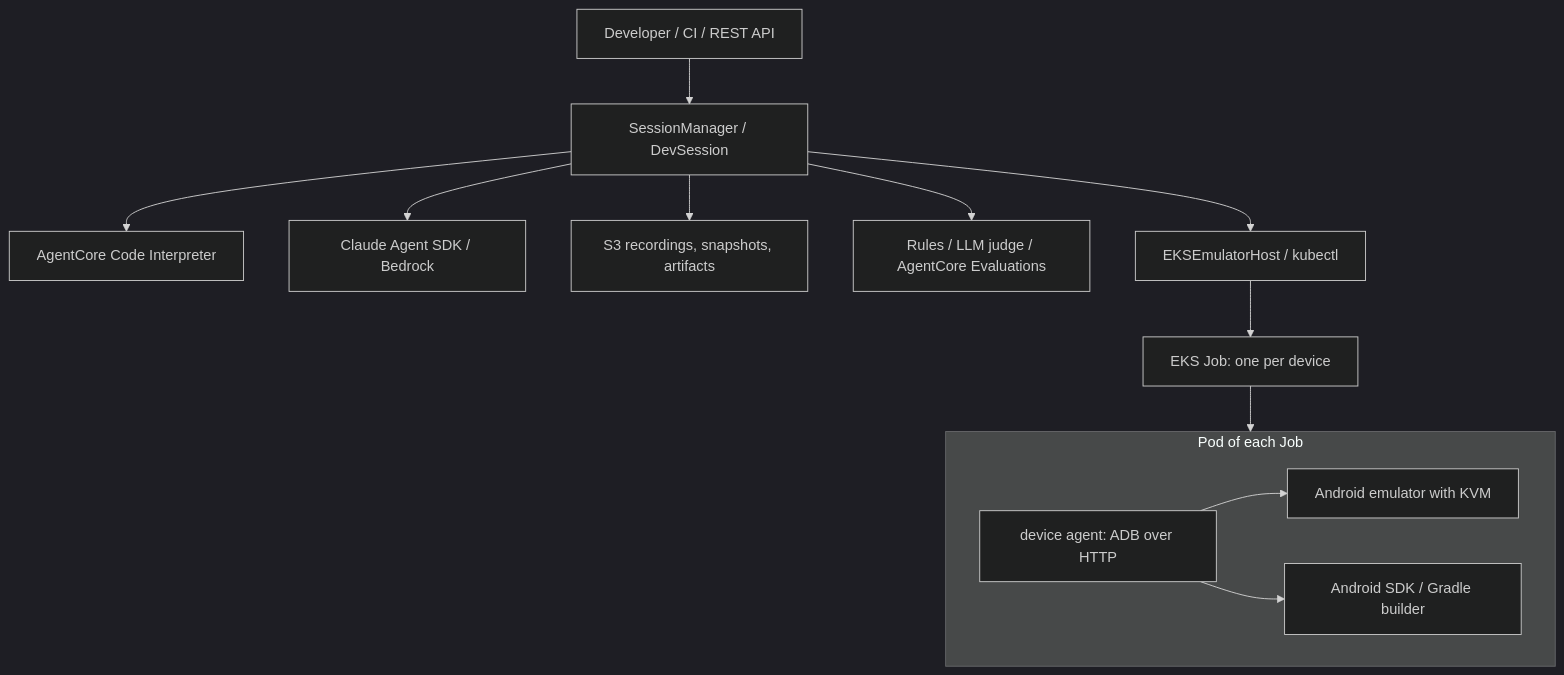
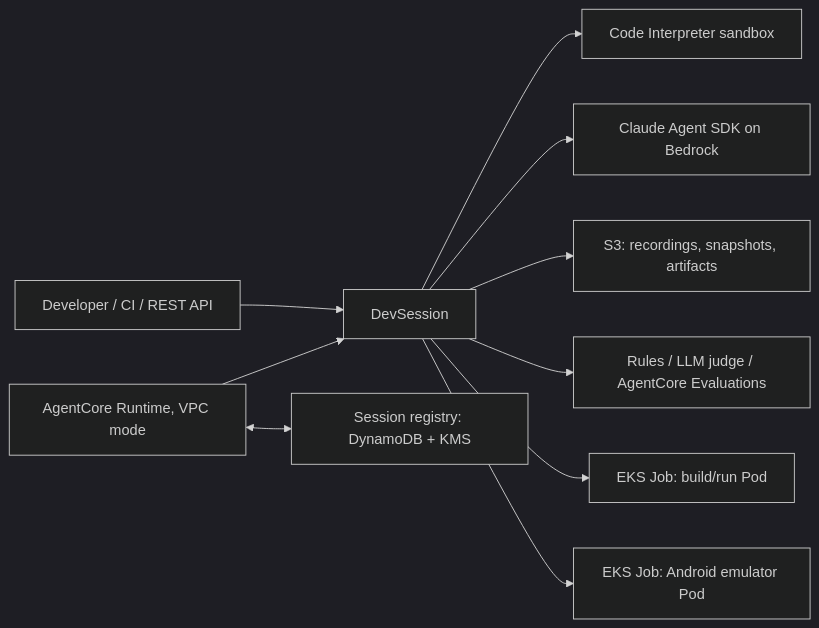
The diagram in README.md (hsr87/agentcore-code-workbench), drawn with Mermaid (dark theme) before and after one commit. The commit also changed other lines of this file and 64 other files, not shown here.

````diff
--- a/README.md
+++ b/README.md
@@ -20,18 +15,12 @@
 ```mermaid
-flowchart TB
-    client[Developer / CI / REST API] --> session[SessionManager / DevSession]
-    session --> sandbox[AgentCore Code Interpreter]
-    session --> agent[Claude Agent SDK / Bedrock]
-    session --> store[S3 recordings, snapshots, artifacts]
+flowchart LR
+    client[Developer / CI / REST API] --> session[DevSession]
+    runtime[AgentCore Runtime, VPC mode] --> session
+    runtime <--> registry[Session registry: DynamoDB + KMS]
+    session --> sandbox[Code Interpreter sandbox]
+    session --> agent[Claude Agent SDK on Bedrock]
+    session --> store[S3: recordings, snapshots, artifacts]
     session --> eval[Rules / LLM judge / AgentCore Evaluations]
-    session --> host[EKSEmulatorHost / kubectl]
-    host --> job[EKS Job: one per device]
-    subgraph pod[Pod of each Job]
-      emulator[Android emulator with KVM]
-      device[device agent: ADB over HTTP]
-      builder[Android SDK / Gradle builder]
-      device --> emulator
-      device --> builder
-    end
-    job --> pod
+    session --> wjob[EKS Job: build/run Pod]
+    session --> djob[EKS Job: Android emulator Pod]
 ```
````
